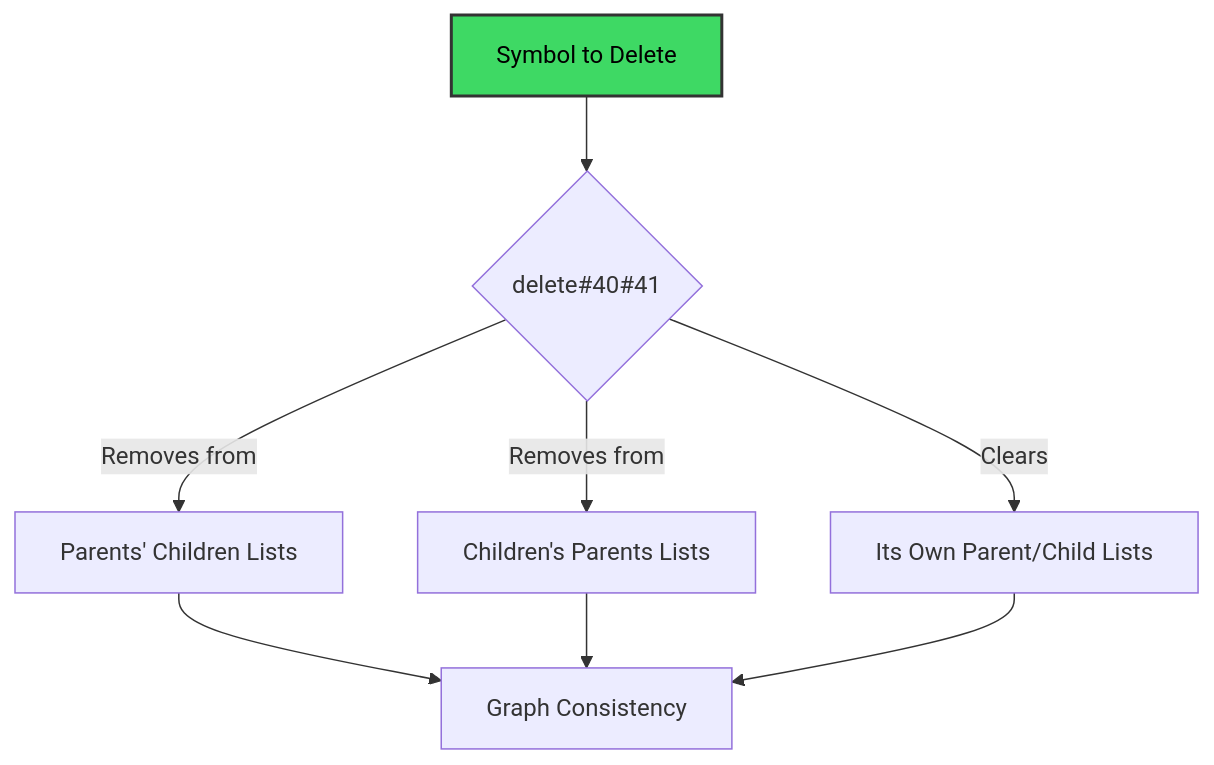
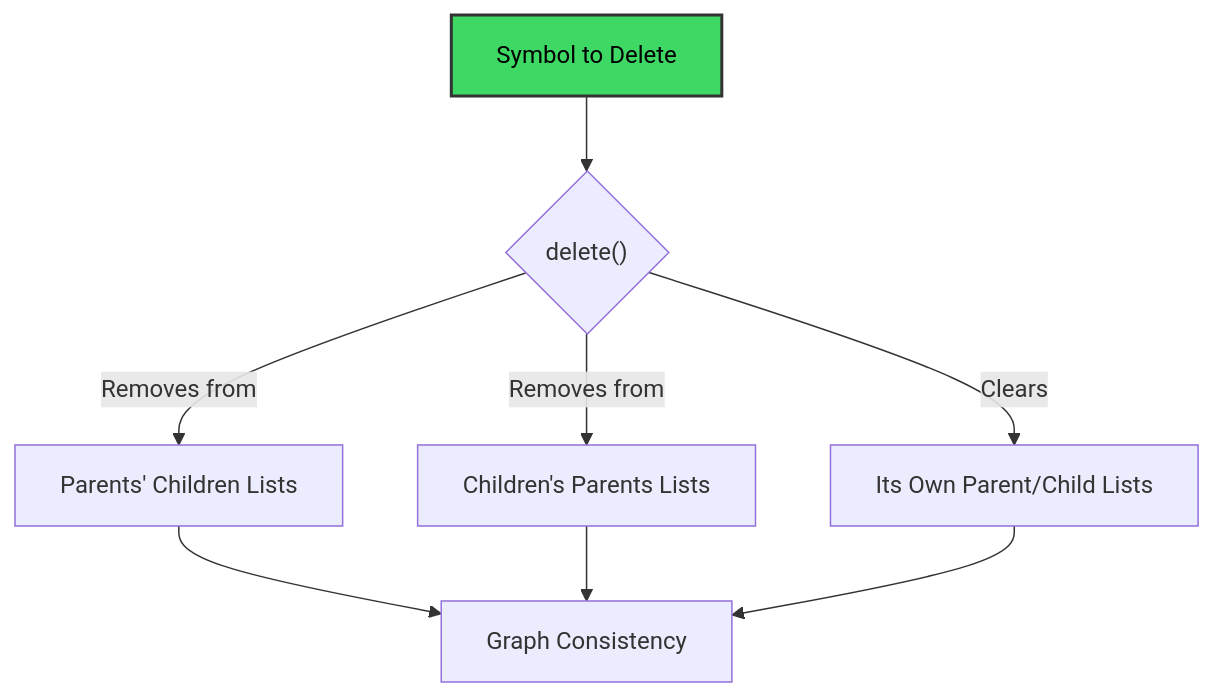
One commit to ikko/sym changed the eighth of 13 diagrams in docs/readme_details/8_api_highlights/index.md. Above: the diagram before and after it, drawn with Mermaid. The commit also changed other lines of this file and 17 other files, not shown here.

````diff
--- a/docs/readme_details/8_api_highlights/index.md
+++ b/docs/readme_details/8_api_highlights/index.md
@@ -339,14 +339,14 @@
 ```mermaid
 graph TD
-    A[Symbol to Delete] --> B{delete#40#41};
+    A[Symbol to Delete] --> B{delete#40;#41;};
     B -- "Removes from" --> C[Parents' Children Lists];
     B -- "Removes from" --> D[Children's Parents Lists];
     B -- "Clears" --> E[Its Own Parent/Child Lists];
     C --> F[Graph Consistency];
     D --> F;
     E --> F;
 
     style A fill:#3ed964,stroke:#333,stroke-width:2px,color:#000000;
 
     style A fill:#3ed964,stroke:#333,stroke-width:2px,color:#000000;
 ```
````
